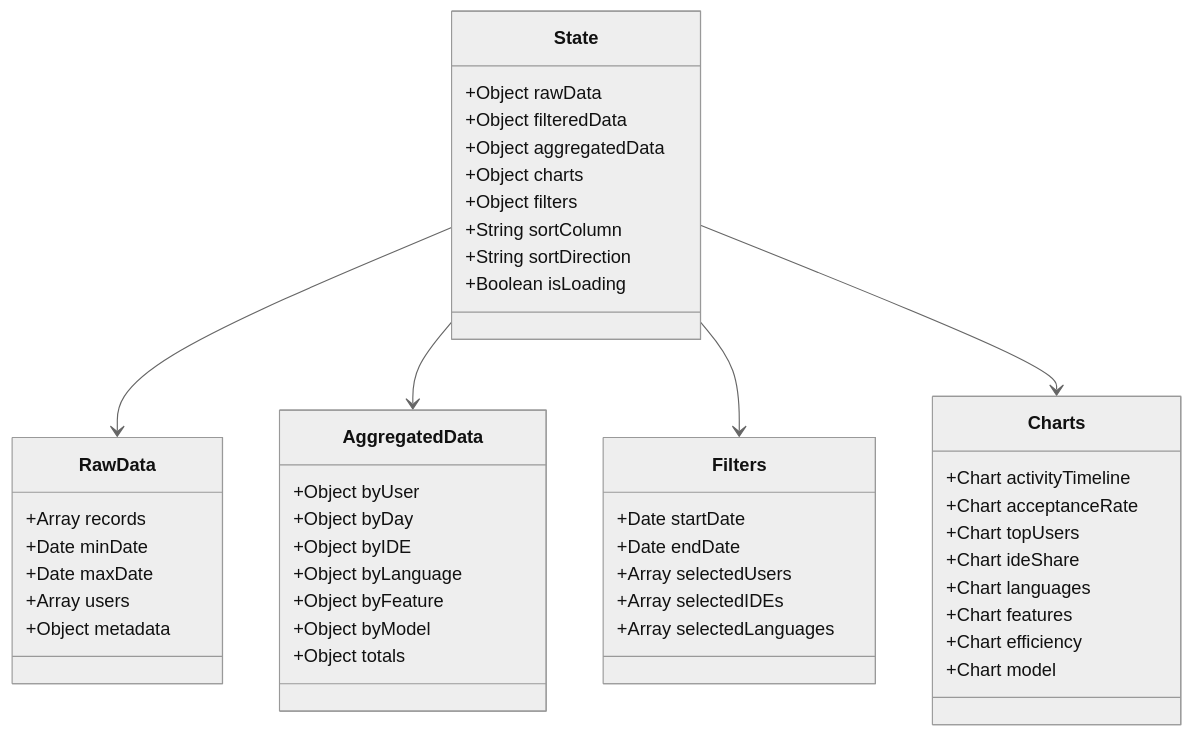
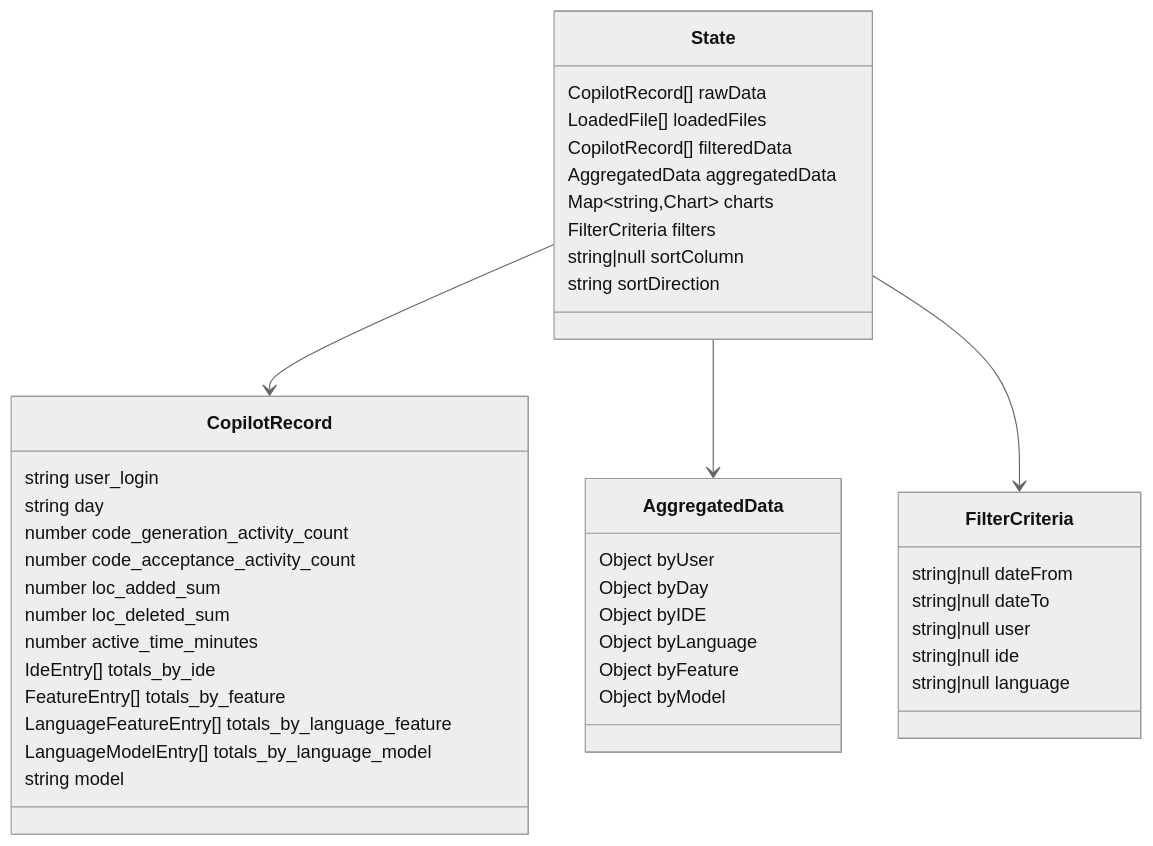
One commit to kinncj/GitHub-Copilot-Enterprise-Dashboard changed the fourth of 4 diagrams in docs/architecture.md. Above: the diagram before and after it, drawn with Mermaid (neutral theme). The commit also changed other lines of this file and 13 other files, not shown here.

````diff
--- a/docs/architecture.md
+++ b/docs/architecture.md
@@ -226,55 +103,49 @@
 ```mermaid
 classDiagram
     class State {
-        +Object rawData
-        +Object filteredData
-        +Object aggregatedData
-        +Object charts
-        +Object filters
-        +String sortColumn
-        +String sortDirection
-        +Boolean isLoading
+        CopilotRecord[] rawData
+        LoadedFile[] loadedFiles
+        CopilotRecord[] filteredData
+        AggregatedData aggregatedData
+        Map~string,Chart~ charts
+        FilterCriteria filters
+        string|null sortColumn
+        string sortDirection
     }
 
-    class RawData {
-        +Array records
-        +Date minDate
-        +Date maxDate
-        +Array users
-        +Object metadata
+    class CopilotRecord {
+        string user_login
+        string day
+        number code_generation_activity_count
+        number code_acceptance_activity_count
+        number loc_added_sum
+        number loc_deleted_sum
+        number active_time_minutes
+        IdeEntry[] totals_by_ide
+        FeatureEntry[] totals_by_feature
+        LanguageFeatureEntry[] totals_by_language_feature
+        LanguageModelEntry[] totals_by_language_model
+        string model
     }
 
     class AggregatedData {
-        +Object byUser
-        +Object byDay
-        +Object byIDE
-        +Object byLanguage
-        +Object byFeature
-        +Object byModel
-        +Object totals
+        Object byUser
+        Object byDay
+        Object byIDE
+        Object byLanguage
+        Object byFeature
+        Object byModel
     }
 
-    class Filters {
-        +Date startDate
-        +Date endDate
-        +Array selectedUsers
-        +Array selectedIDEs
-        +Array selectedLanguages
+    class FilterCriteria {
+        string|null dateFrom
+        string|null dateTo
+        string|null user
+        string|null ide
+        string|null language
     }
 
-    class Charts {
-        +Chart activityTimeline
-        +Chart acceptanceRate
-        +Chart topUsers
-        +Chart ideShare
-        +Chart languages
-        +Chart features
-        +Chart efficiency
-        +Chart model
-    }
-
-    State --> RawData
+    State --> CopilotRecord
     State --> AggregatedData
-    State --> Filters
-    State --> Charts
+    State --> FilterCriteria
 ```
````
